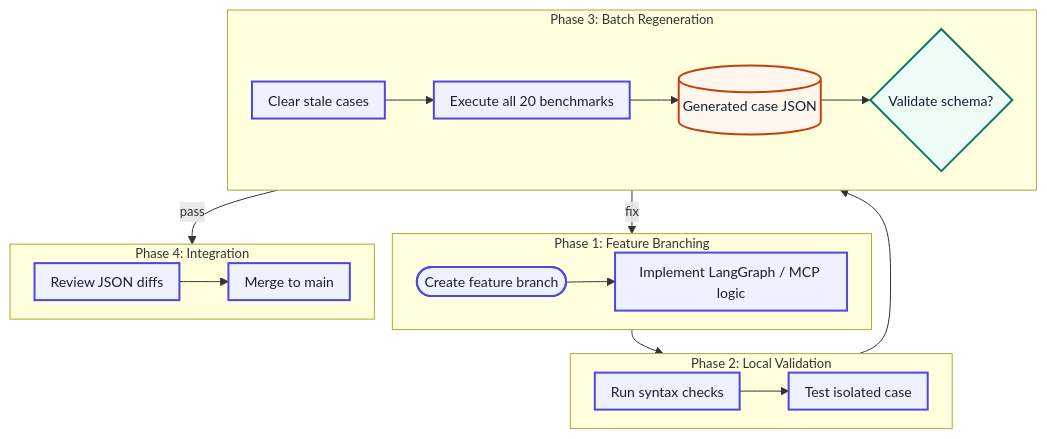
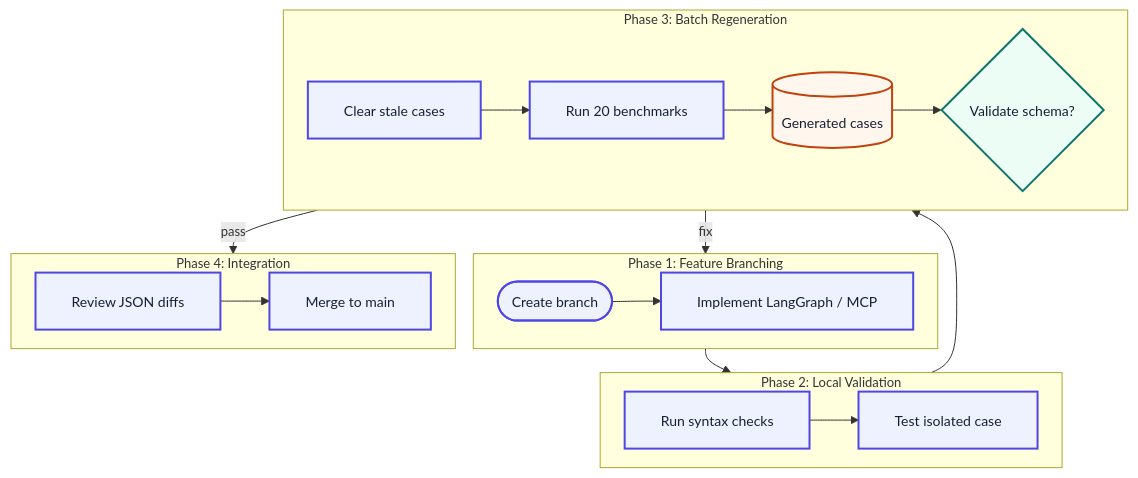
The second of 2 diagrams in README.md (OMIZOOMI/tigergraph-fraud-investigation), drawn with Mermaid before and after one commit.

Commit message:
Docs: Fix workflow phase heading overlap

````diff
--- a/README.md
+++ b/README.md
@@ -136,45 +136,45 @@
 ```mermaid
-%%{init: {"flowchart": {"nodeSpacing": 18, "rankSpacing": 24, "padding": 8}, "themeVariables": {"fontSize": "13px"}}}%%
+%%{init: {"flowchart": {"nodeSpacing": 18, "rankSpacing": 24, "padding": 18}, "themeVariables": {"fontSize": "13px"}}}%%
 flowchart TB
     subgraph P1["Phase 1: Feature Branching"]
         direction LR
-        branch([Create feature branch])
-        implement[Implement LangGraph / MCP logic]
+        branch([Create branch])
+        implement[Implement LangGraph / MCP]
         branch --> implement
     end
 
     subgraph P2["Phase 2: Local Validation"]
         direction LR
         syntax[Run syntax checks]
         isolated[Test isolated case]
         syntax --> isolated
     end
 
     subgraph P3["Phase 3: Batch Regeneration"]
         direction LR
         clear[Clear stale cases]
-        batch[Execute all 20 benchmarks]
-        outputs[(Generated case JSON)]
+        batch[Run 20 benchmarks]
+        outputs[(Generated cases)]
         schemaCheck{Validate schema?}
         clear --> batch --> outputs --> schemaCheck
     end
 
     subgraph P4["Phase 4: Integration"]
         direction LR
         review[Review JSON diffs]
         merge[Merge to main]
         review --> merge
     end
 
     implement --> syntax
     isolated --> clear
     schemaCheck -->|pass| review
     schemaCheck -->|fix| implement
 
     classDef action fill:#EEF2FF,stroke:#4F46E5,stroke-width:2px,color:#172033,font-size:14px
     classDef data fill:#FFF7ED,stroke:#C2410C,stroke-width:2px,color:#172033,font-size:14px
     classDef decision fill:#ECFDF5,stroke:#0F766E,stroke-width:2px,color:#172033,font-size:14px
     class branch,implement,syntax,isolated,clear,batch,review,merge action
     class outputs data
     class schemaCheck decision
 ```
````
